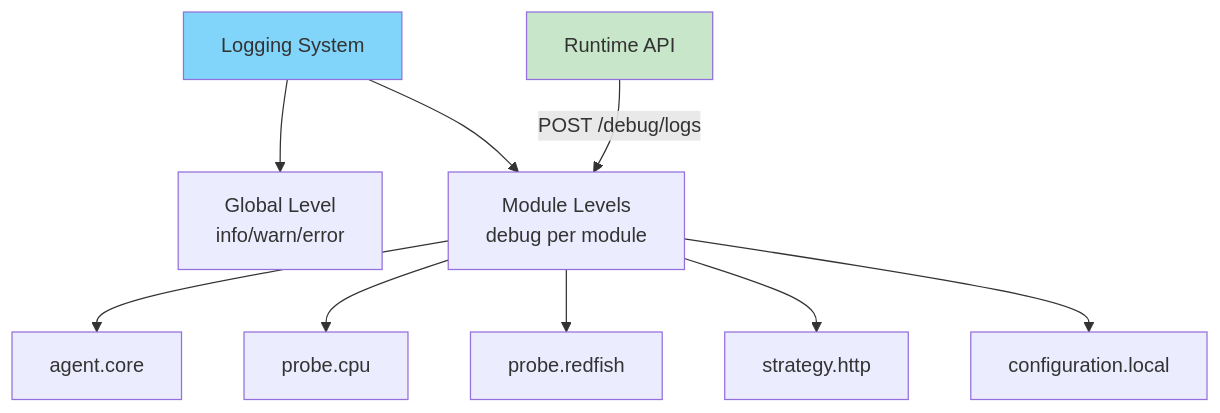
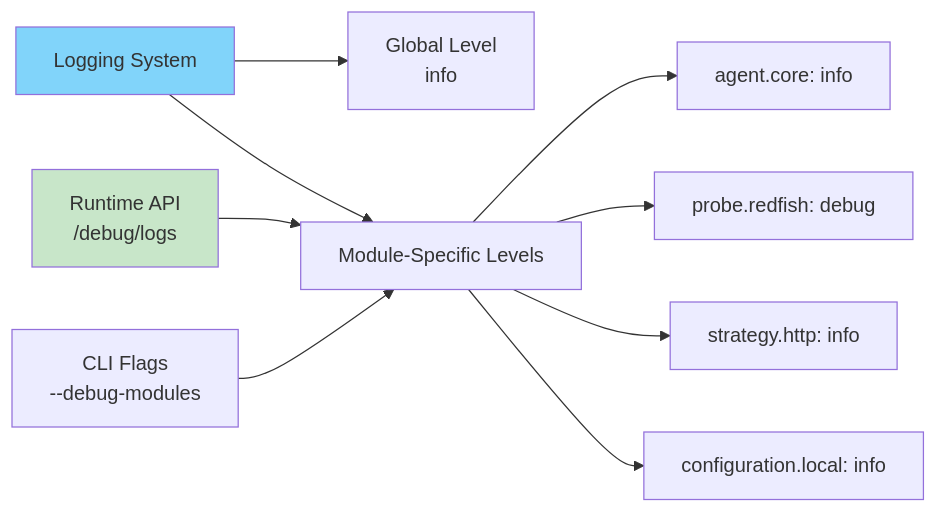
Before and after one commit to senhub-io/senhub-agent: the third of 4 diagrams in docs/user-guide/TROUBLESHOOTING.md, drawn with Mermaid. The commit also changed other lines of this file and 7 other files, not shown here.

````diff
--- a/docs/user-guide/TROUBLESHOOTING.md
+++ b/docs/user-guide/TROUBLESHOOTING.md
@@ -21,16 +113,16 @@
 ```mermaid
-graph TD
-    A[Logging System] --> B[Global Level<br/>info/warn/error]
-    A --> C[Module Levels<br/>debug per module]
+graph LR
+    LOGGER[Logging System] --> GLOBAL[Global Level<br/>info]
+    LOGGER --> MODULES[Module-Specific Levels]
 
-    C --> C1[agent.core]
-    C --> C2[probe.cpu]
-    C --> C3[probe.redfish]
-    C --> C4[strategy.http]
-    C --> C5[configuration.local]
+    MODULES --> M1[agent.core: info]
+    MODULES --> M2[probe.redfish: debug]
+    MODULES --> M3[strategy.http: info]
+    MODULES --> M4[configuration.local: info]
 
-    D[Runtime API] -->|POST /debug/logs| C
+    API[Runtime API<br/>/debug/logs] --> MODULES
+    CLI[CLI Flags<br/>--debug-modules] --> MODULES
 
-    style A fill:#81d4fa
-    style D fill:#c8e6c9
+    style LOGGER fill:#81d4fa
+    style API fill:#c8e6c9
 ```
````
